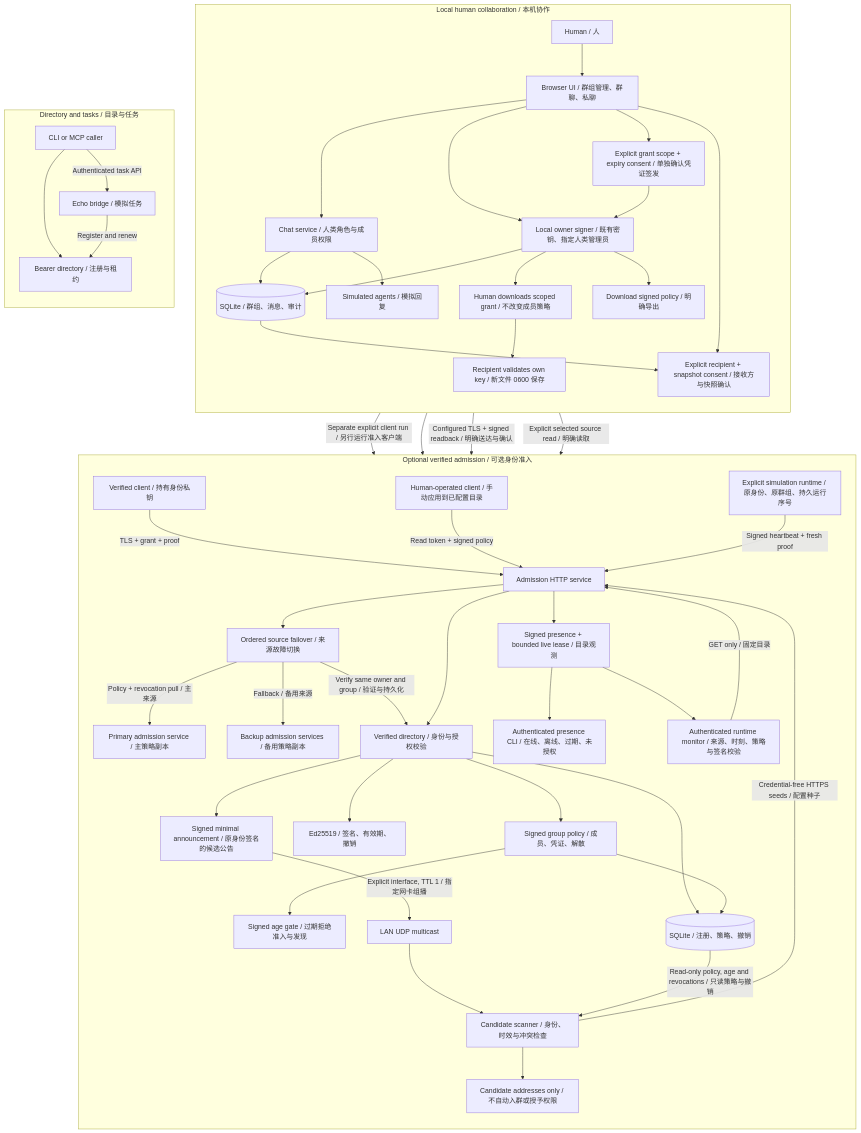
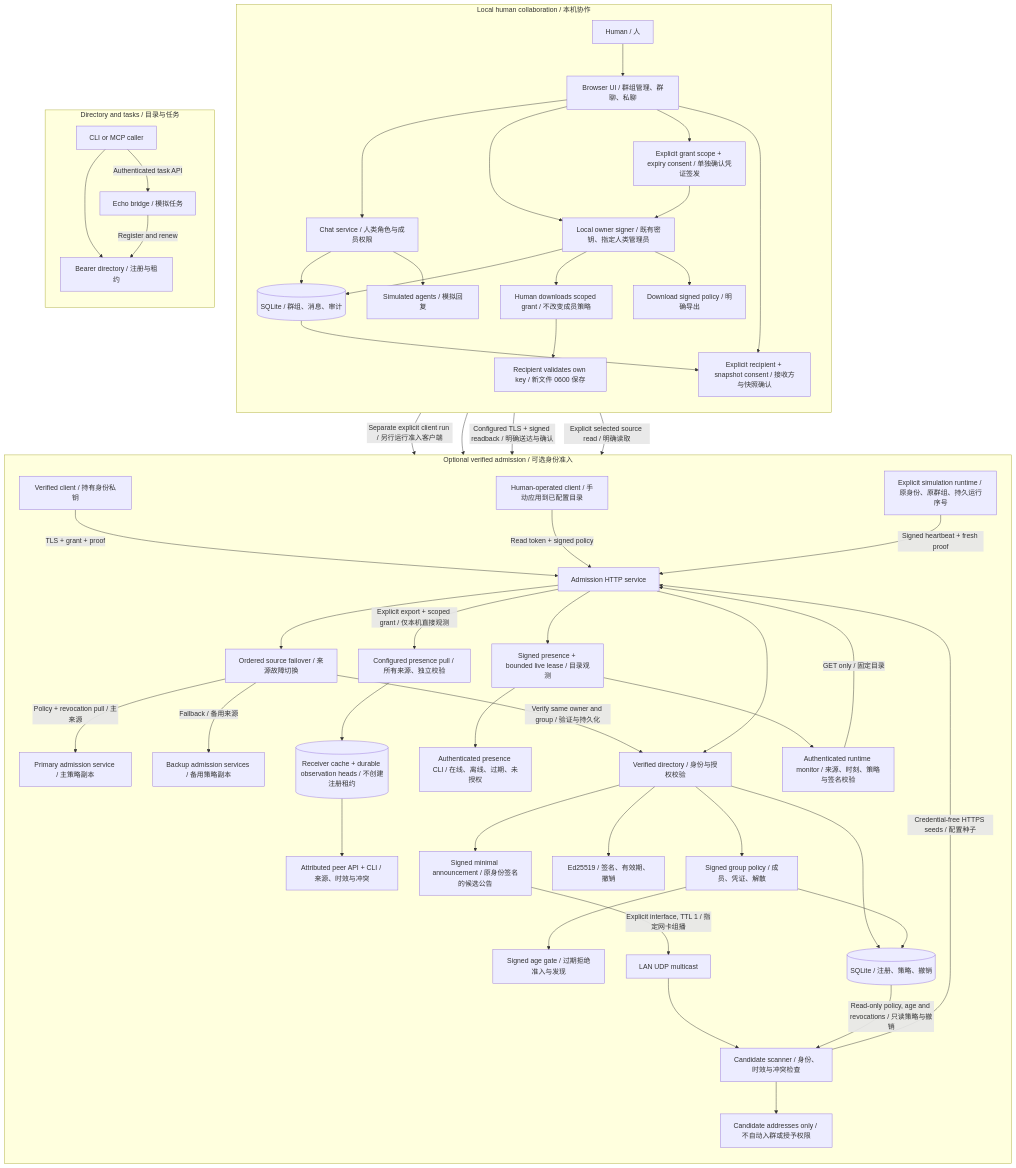
The first of 2 diagrams in README.md (lgdu/tailnet-agents), drawn with Mermaid before and after one commit. The commit also changed other lines of this file and 17 other files, not shown here.

Commit message:
feat: replicate attributed signed presence from configured peers (#13)

````diff
--- a/README.md
+++ b/README.md
@@ -40,55 +41,58 @@
 ```mermaid
 flowchart TB
   subgraph CHAT["Local human collaboration / 本机协作"]
     direction TB
     H["Human / 人"] --> UI["Browser UI / 群组管理、群聊、私聊"]
     UI --> CS["Chat service / 人类角色与成员权限"]
     CS --> DB[("SQLite / 群组、消息、审计")]
     CS --> SIM["Simulated agents / 模拟回复"]
     UI --> SIGN["Local owner signer / 既有密钥、指定人类管理员"]
     SIGN --> DB
     UI --> ISSUE["Explicit grant scope + expiry consent / 单独确认凭证签发"]
     ISSUE --> SIGN
     SIGN --> GRANT["Human downloads scoped grant / 不改变成员策略"]
     GRANT --> INSTALL["Recipient validates own key / 新文件 0600 保存"]
     SIGN --> EXPORT["Download signed policy / 明确导出"]
     UI --> DELIVERY["Explicit recipient + snapshot consent / 接收方与快照确认"]
     DB --> DELIVERY
   end
   subgraph TASK["Directory and tasks / 目录与任务"]
     direction TB
     CALL["CLI or MCP caller"] --> REG["Bearer directory / 注册与租约"]
     CALL -->|"Authenticated task API"| ECHO["Echo bridge / 模拟任务"]
     ECHO -->|"Register and renew"| REG
   end
   subgraph VERIFY["Optional verified admission / 可选身份准入"]
     direction TB
     INSTALL -->|"Separate explicit client run / 另行运行准入客户端"| VC
     VC["Verified client / 持有身份私钥"] -->|"TLS + grant + proof"| API["Admission HTTP service"]
     API --> SYNC["Ordered source failover / 来源故障切换"]
     SYNC -->|"Policy + revocation pull / 主来源"| PEER["Primary admission service / 主策略副本"]
     SYNC -->|"Fallback / 备用来源"| BACKUP["Backup admission services / 备用策略副本"]
     SYNC -->|"Verify same owner and group / 验证与持久化"| VD
     EXPORT --> APPLY["Human-operated client / 手动应用到已配置目录"]
     APPLY -->|"Read token + signed policy"| API
     DELIVERY -->|"Configured TLS + signed readback / 明确送达与确认"| API
     RUNTIME["Explicit simulation runtime / 原身份、原群组、持久运行序号"] -->|"Signed heartbeat + fresh proof"| API
     API --> OBS["Signed presence + bounded live lease / 目录观测"]
     OBS --> VIEW["Authenticated presence CLI / 在线、离线、过期、未授权"]
+    API -->|"Explicit export + scoped grant / 仅本机直接观测"| PULL["Configured presence pull / 所有来源、独立校验"]
+    PULL --> CACHE[("Receiver cache + durable observation heads / 不创建注册租约")]
+    CACHE --> PV["Attributed peer API + CLI / 来源、时效与冲突"]
     UI -->|"Explicit selected source read / 明确读取"| MON["Authenticated runtime monitor / 来源、时刻、策略与签名校验"]
     MON -->|"GET only / 固定目录"| API
     OBS --> MON
     API --> VD["Verified directory / 身份与授权校验"]
     VD --> GP["Signed group policy / 成员、凭证、解散"]
     GP --> AGE["Signed age gate / 过期拒绝准入与发现"]
     VD --> ID["Ed25519 / 签名、有效期、撤销"]
     VD --> VDB[("SQLite / 注册、策略、撤销")]
     GP --> VDB
     VD --> ANN["Signed minimal announcement / 原身份签名的候选公告"]
     ANN -->|"Explicit interface, TTL 1 / 指定网卡组播"| LAN["LAN UDP multicast"]
     LAN --> FIND["Candidate scanner / 身份、时效与冲突检查"]
     VDB -->|"Read-only policy, age and revocations / 只读策略与撤销"| FIND
     FIND -->|"Credential-free HTTPS seeds / 配置种子"| API
     FIND --> CAND["Candidate addresses only / 不自动入群或授予权限"]
   end
 ```
````
